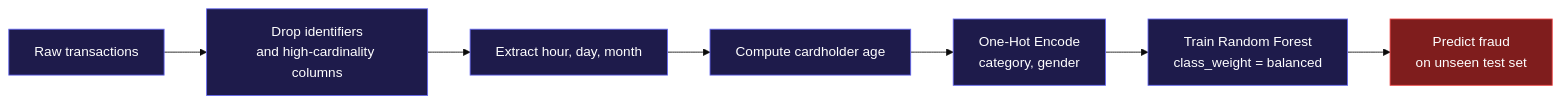
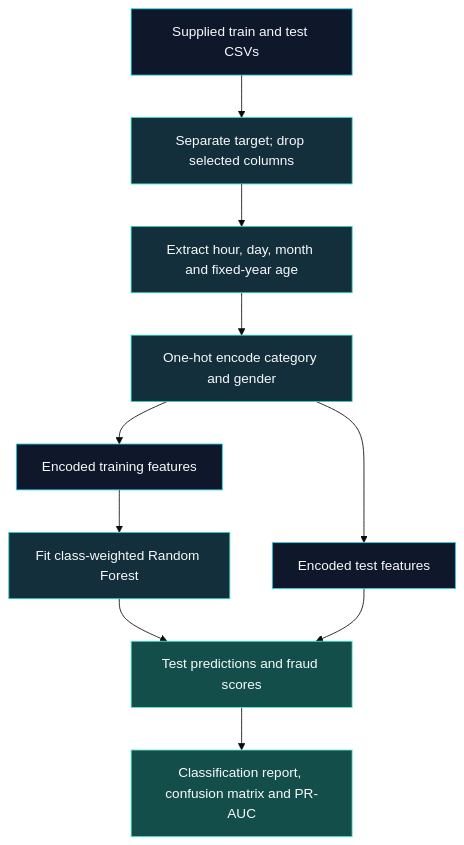
The diagram in README.md (khaled-amireh/Credit-Card-Fraud-Detection), drawn with Mermaid (base theme) before and after one commit. The commit also changed other lines of this file, not shown here.

Commit message:
docs: improve fraud detection README

````diff
--- a/README.md
+++ b/README.md
@@ -96,14 +72,19 @@
 ```mermaid
-flowchart LR
-    A[" Raw transactions"] --> B[" Drop identifiers<br/>and high-cardinality columns"]
-    B --> C[" Extract hour, day, month"]
-    C --> D[" Compute cardholder age"]
-    D --> E[" One-Hot Encode<br/>category, gender"]
-    E --> F[" Train Random Forest<br/>class_weight = balanced"]
-    F --> G[" Predict fraud<br/>on unseen test set"]
+flowchart TB
+    A["Supplied train and test CSVs"] --> B["Separate target; drop selected columns"]
+    B --> C["Extract hour, day, month and fixed-year age"]
+    C --> D["One-hot encode category and gender"]
+    D --> E["Encoded training features"]
+    D --> F["Encoded test features"]
+    E --> G["Fit class-weighted Random Forest"]
+    G --> H["Test predictions and fraud scores"]
+    F --> H
+    H --> I["Classification report, confusion matrix and PR-AUC"]
 
-    classDef step fill:#1e1b4b,stroke:#6366f1,color:#fff;
-    classDef alert fill:#7f1d1d,stroke:#ef4444,color:#fff;
-    class A,B,C,D,E,F step;
-    class G alert;
+    classDef input fill:#0f172a,stroke:#22d3ee,color:#f8fafc;
+    classDef process fill:#132f3b,stroke:#2dd4bf,color:#f8fafc;
+    classDef result fill:#134e4a,stroke:#5eead4,color:#f8fafc;
+    class A,E,F input;
+    class B,C,D,G process;
+    class H,I result;
 ```
````
